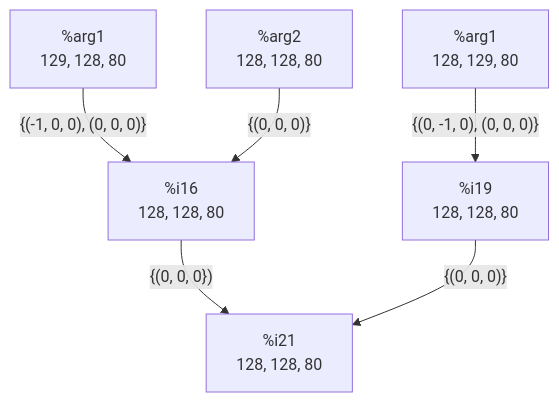
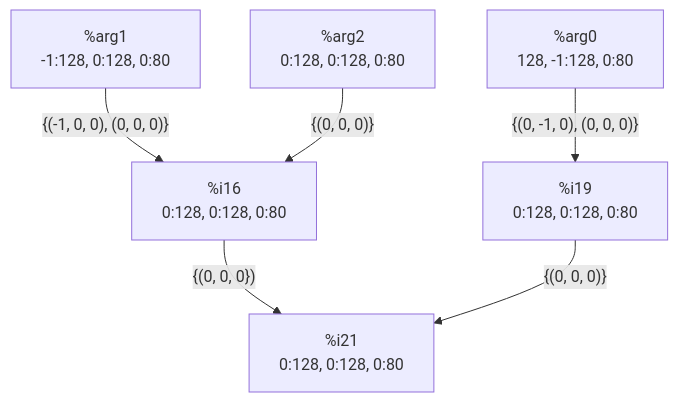
The diagram in irspec/docs/stencil/lowering.md (hlrs-fcg/spada_fcg_fork), drawn with Mermaid before and after one commit. The commit also changed other lines of this file and 18 other files, not shown here.

````diff
--- a/irspec/docs/stencil/lowering.md
+++ b/irspec/docs/stencil/lowering.md
@@ -90,9 +93,9 @@
     ```mermaid
 
     graph TD
-        %arg1[%arg1 \n 129, 128, 80] -- {(-1, 0, 0), (0, 0, 0)} --> %i16
-        %arg2[%arg2 \n 128, 128, 80] -- {(0, 0, 0)} --> %i16
-        %arg0[%arg1 \n 128, 129, 80] -- {(0, -1, 0), (0, 0, 0)} --> %i19
-        %i16[%i16 \n 128, 128, 80] -- {(0, 0, 0}) --> %i21
-        %i19[%i19 \n 128, 128, 80] -- {(0, 0, 0)} --> %i21[%i21 \n 128, 128, 80]
+        %arg1[%arg1 \n -1:128, 0:128, 0:80] -- {(-1, 0, 0), (0, 0, 0)} --> %i16
+        %arg2[%arg2 \n 0:128, 0:128, 0:80] -- {(0, 0, 0)} --> %i16
+        %arg0[%arg0 \n 128, -1:128, 0:80] -- {(0, -1, 0), (0, 0, 0)} --> %i19
+        %i16[%i16 \n 0:128, 0:128, 0:80] -- {(0, 0, 0}) --> %i21
+        %i19[%i19 \n 0:128, 0:128, 0:80] -- {(0, 0, 0)} --> %i21[%i21 \n 0:128, 0:128, 0:80]
     ```
````
